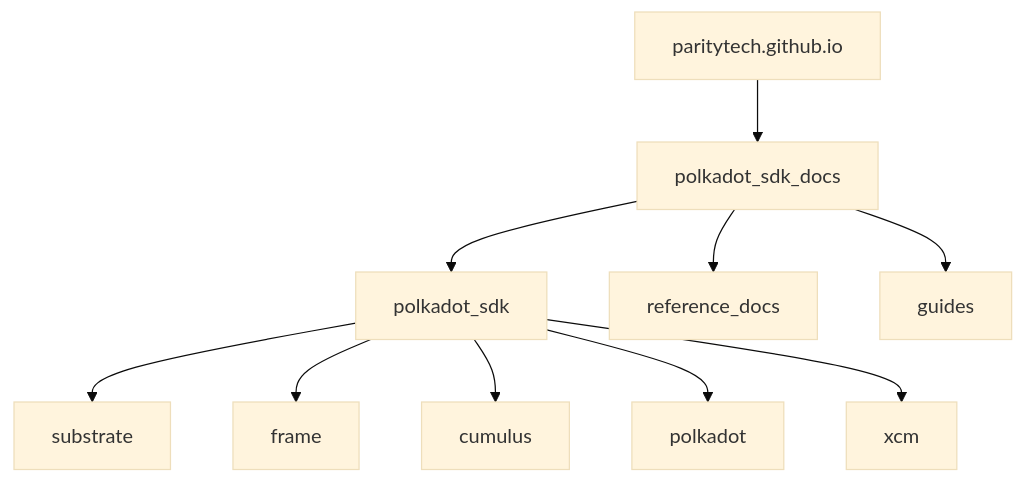
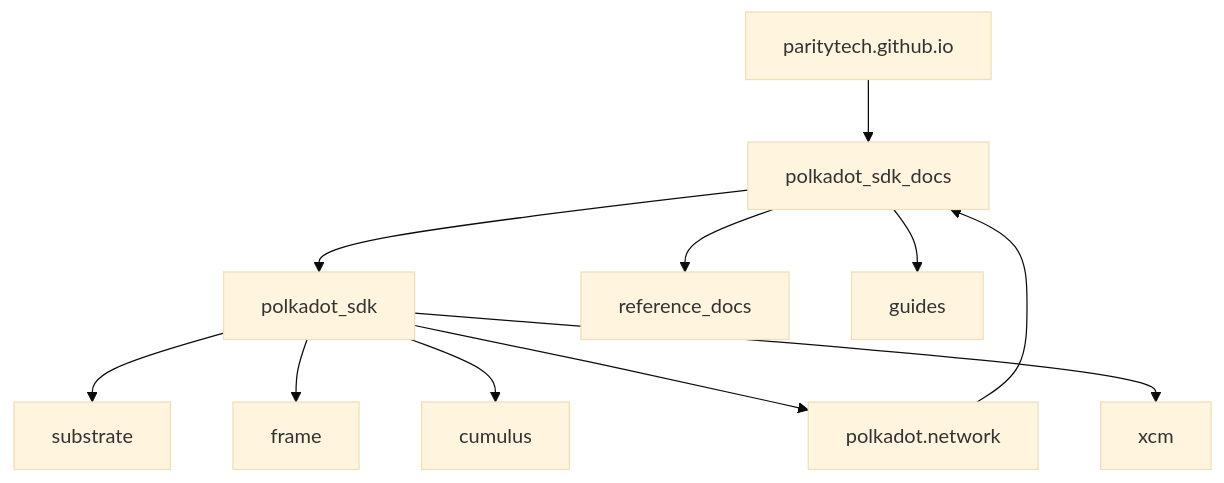
Before and after one commit to paritytech/polkadot-sdk: the diagram in docs/mermaid/IA.mmd, drawn with Mermaid (base theme). The commit also changed other lines of this file and 4 other files, not shown here.

```diff
--- a/docs/mermaid/IA.mmd
+++ b/docs/mermaid/IA.mmd
@@ -1,12 +1,13 @@
 flowchart
     parity[paritytech.github.io] --> devhub[polkadot_sdk_docs]
+	polkadot[polkadot.network] --> devhub[polkadot_sdk_docs]
 
     devhub --> polkadot_sdk
     devhub --> reference_docs
     devhub --> guides
 
     polkadot_sdk --> substrate
     polkadot_sdk --> frame
     polkadot_sdk --> cumulus
     polkadot_sdk --> polkadot
     polkadot_sdk --> xcm
```
